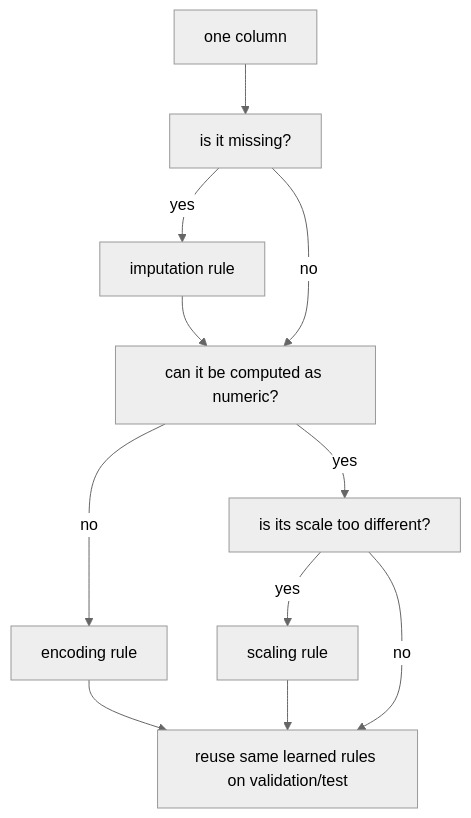
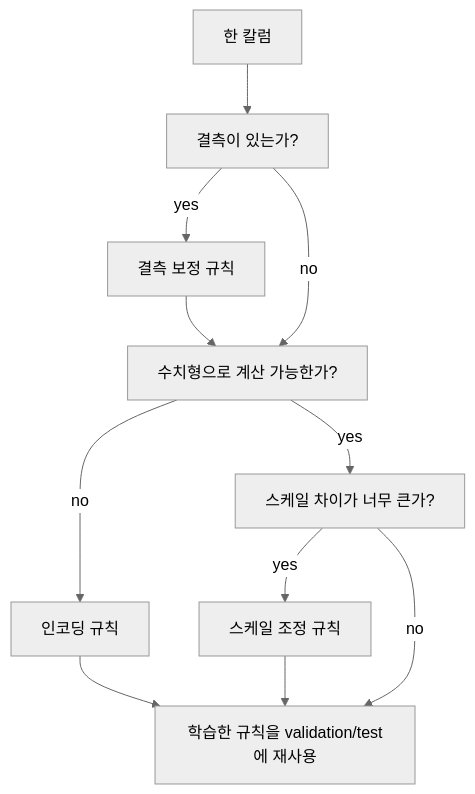
One commit to devchan64/AiBook changed the diagram in docs/parts/part-04/chapter-07/section-03.md. Above: the diagram before and after it, drawn with Mermaid (neutral theme). The commit also changed other lines of this file and 138 other files, not shown here.

````diff
--- a/docs/parts/part-04/chapter-07/section-03.md
+++ b/docs/parts/part-04/chapter-07/section-03.md
@@ -104,19 +104,19 @@
 ```mermaid
 flowchart TD
-  A["one column"]
-  B["is it missing?"]
-  C["can it be computed as numeric?"]
-  D["is its scale too different?"]
-  E["imputation rule"]
-  F["encoding rule"]
-  G["scaling rule"]
-  H["reuse same learned rules on validation/test"]
+  A["한 칼럼"]
+  B["결측이 있는가?"]
+  C["수치형으로 계산 가능한가?"]
+  D["스케일 차이가 너무 큰가?"]
+  E["결측 보정 규칙"]
+  F["인코딩 규칙"]
+  G["스케일 조정 규칙"]
+  H["학습한 규칙을 validation/test에 재사용"]
 
   A --> B
   B -->|yes| E --> C
   B -->|no| C
   C -->|no| F --> H
   C -->|yes| D
   D -->|yes| G --> H
   D -->|no| H
 ```
````
